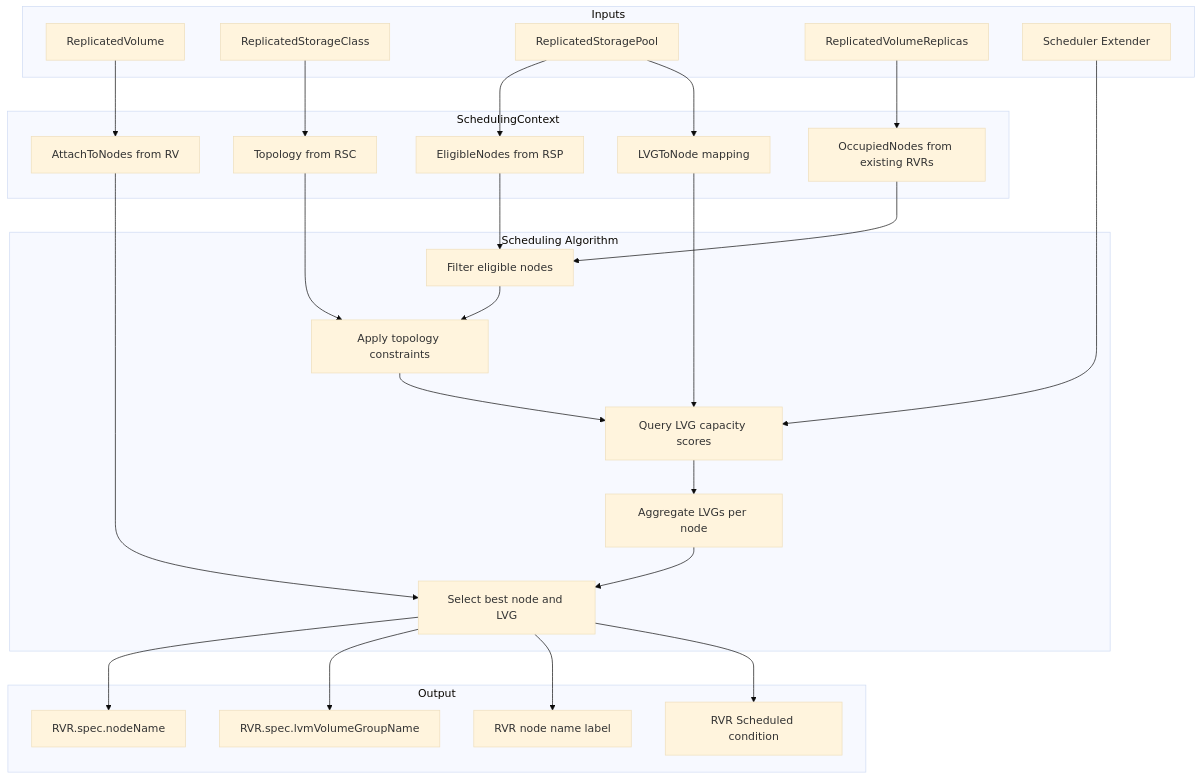
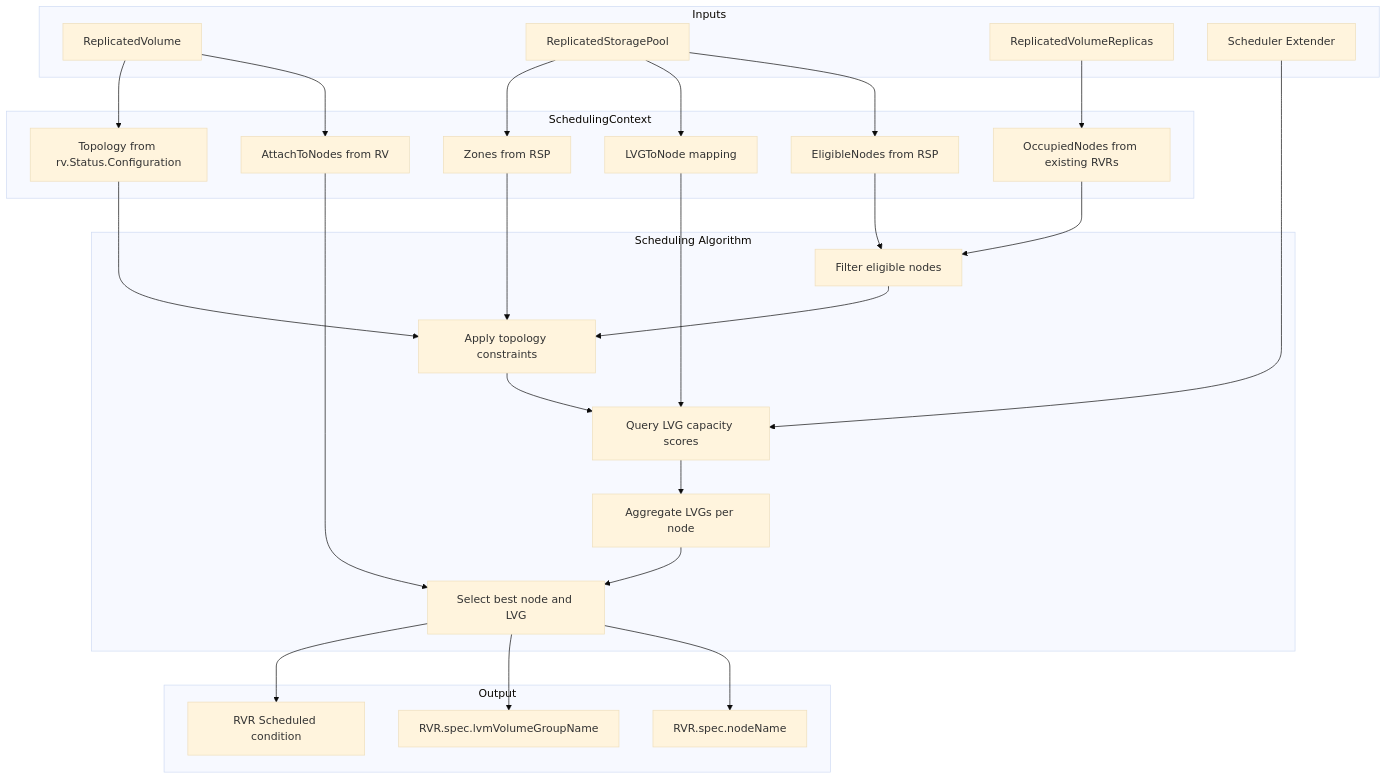
The second of 5 diagrams in images/controller/internal/controllers/rvr_scheduling_controller/README.md (deckhouse/sds-replicated-volume), drawn with Mermaid (base theme) before and after one commit. The commit also changed other lines of this file and 8 other files, not shown here.

````diff
--- a/images/controller/internal/controllers/rvr_scheduling_controller/README.md
+++ b/images/controller/internal/controllers/rvr_scheduling_controller/README.md
@@ -285,55 +278,55 @@
 ```mermaid
 flowchart TD
     subgraph inputs [Inputs]
         RV[ReplicatedVolume]
-        RSC[ReplicatedStorageClass]
         RSP[ReplicatedStoragePool]
         RVRs[ReplicatedVolumeReplicas]
         Extender[Scheduler Extender]
     end
 
     subgraph context [SchedulingContext]
         EligibleNodes[EligibleNodes from RSP]
         LVGToNode[LVGToNode mapping]
         AttachTo[AttachToNodes from RV]
-        Topology[Topology from RSC]
+        Topology[Topology from rv.Status.Configuration]
+        Zones[Zones from RSP]
         OccupiedNodes[OccupiedNodes from existing RVRs]
     end
 
     subgraph scheduling [Scheduling Algorithm]
         FilterEligible[Filter eligible nodes]
         ApplyTopology[Apply topology constraints]
         QueryCapacity[Query LVG capacity scores]
         AggregateLVG[Aggregate LVGs per node]
         SelectBest[Select best node and LVG]
     end
 
     subgraph output [Output]
         NodeName[RVR.spec.nodeName]
         LVGName[RVR.spec.lvmVolumeGroupName]
-        NodeLabel[RVR node name label]
         ScheduledCond[RVR Scheduled condition]
     end
 
     RV --> AttachTo
-    RSC --> Topology
+    RV --> Topology
     RSP --> EligibleNodes
     RSP --> LVGToNode
+    RSP --> Zones
     RVRs --> OccupiedNodes
 
     EligibleNodes --> FilterEligible
     OccupiedNodes --> FilterEligible
     FilterEligible --> ApplyTopology
     Topology --> ApplyTopology
+    Zones --> ApplyTopology
     ApplyTopology --> QueryCapacity
     LVGToNode --> QueryCapacity
     Extender --> QueryCapacity
     QueryCapacity --> AggregateLVG
     AggregateLVG --> SelectBest
     AttachTo --> SelectBest
 
     SelectBest --> NodeName
     SelectBest --> LVGName
-    SelectBest --> NodeLabel
     SelectBest --> ScheduledCond
 ```
````
